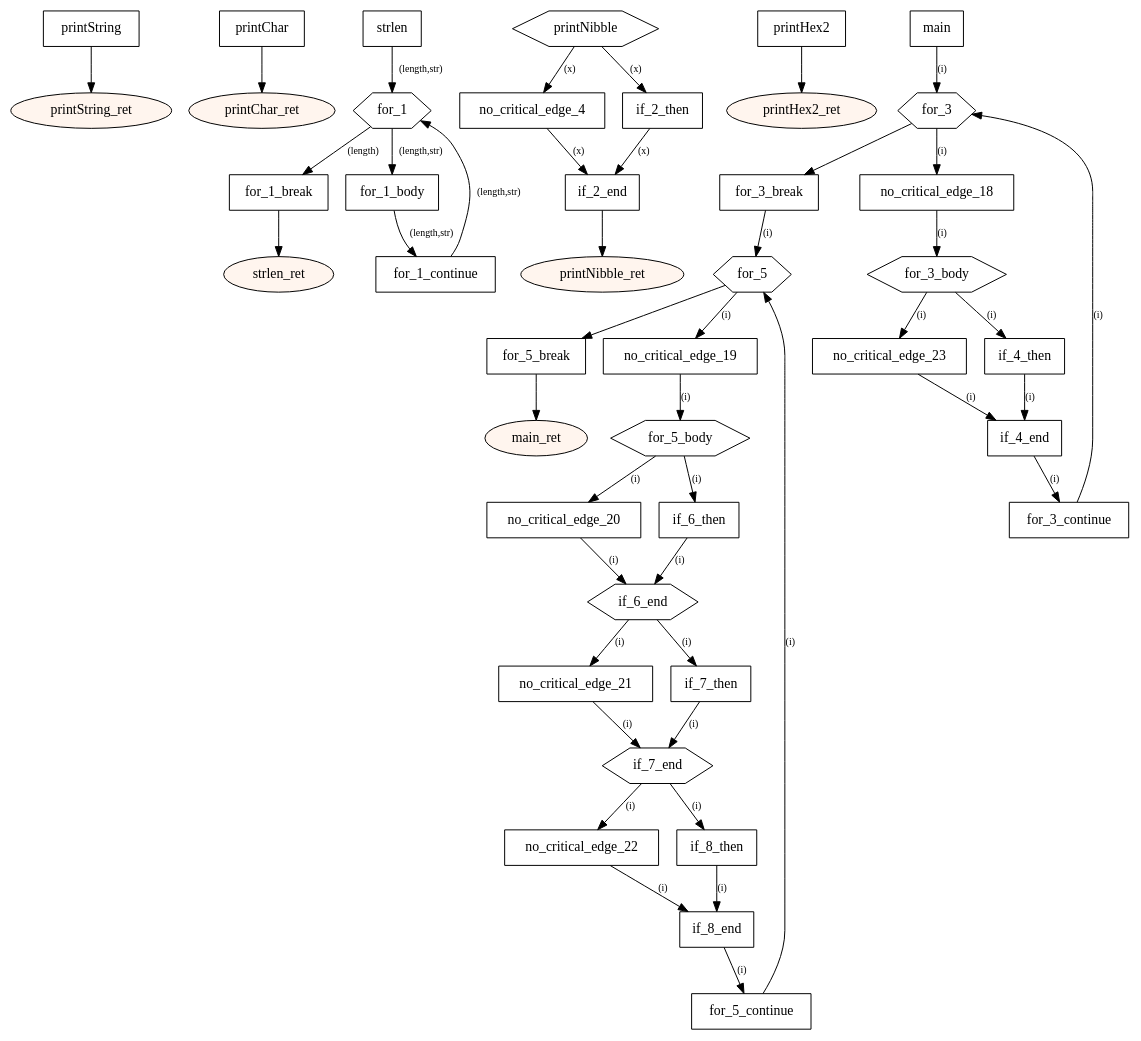
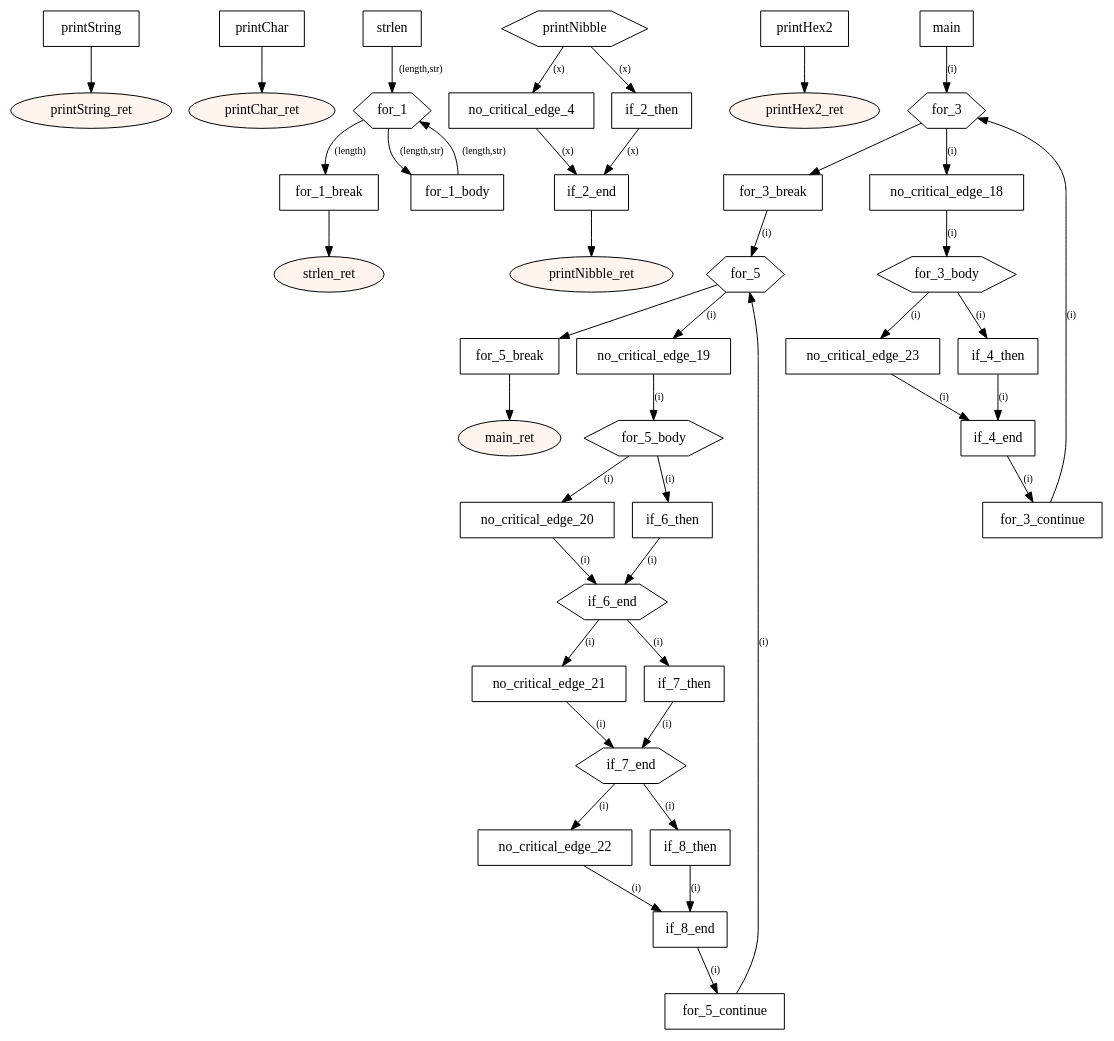
The diagram in src/main/resources-test/14 print-ascii-listing.dot (tmssngr/tinyC), drawn with Graphviz before and after one commit. The commit also changed 34 other files, not shown here.

```diff
--- a/src/main/resources-test/14 print-ascii-listing.dot
+++ b/src/main/resources-test/14 print-ascii-listing.dot
@@ -1,99 +1,97 @@
 digraph program {
 	edge[fontsize="10pt"];
 	subgraph fn_printString {
 		BasicBlock_0_printString [label="printString",shape=box];
 		BasicBlock_0_printString -> BasicBlock_0_printString_ret;
 		BasicBlock_0_printString_ret [label="printString_ret",shape=oval,style=filled,fillcolor="#fff5ee"];
 	}
 	subgraph fn_printChar {
 		BasicBlock_1_printChar [label="printChar",shape=box];
 		BasicBlock_1_printChar -> BasicBlock_1_printChar_ret;
 		BasicBlock_1_printChar_ret [label="printChar_ret",shape=oval,style=filled,fillcolor="#fff5ee"];
 	}
 	subgraph fn_strlen {
 		BasicBlock_2_strlen [label="strlen",shape=box];
 		BasicBlock_2_strlen -> BasicBlock_2_for_1 [label="(length,str)"];
 		BasicBlock_2_for_1 [label="for_1",shape=hexagon];
 		BasicBlock_2_for_1 -> BasicBlock_2_for_1_break [label="(length)"];
 		BasicBlock_2_for_1 -> BasicBlock_2_for_1_body [label="(length,str)"];
 		BasicBlock_2_for_1_body [label="for_1_body",shape=box];
-		BasicBlock_2_for_1_body -> BasicBlock_2_for_1_continue [label="(length,str)"];
-		BasicBlock_2_for_1_continue [label="for_1_continue",shape=box];
-		BasicBlock_2_for_1_continue -> BasicBlock_2_for_1 [label="(length,str)"];
+		BasicBlock_2_for_1_body -> BasicBlock_2_for_1 [label="(length,str)"];
 		BasicBlock_2_for_1_break [label="for_1_break",shape=box];
 		BasicBlock_2_for_1_break -> BasicBlock_2_strlen_ret;
 		BasicBlock_2_strlen_ret [label="strlen_ret",shape=oval,style=filled,fillcolor="#fff5ee"];
 	}
 	subgraph fn_printNibble {
 		BasicBlock_3_printNibble [label="printNibble",shape=hexagon];
 		BasicBlock_3_printNibble -> BasicBlock_3_no_critical_edge_4 [label="(x)"];
 		BasicBlock_3_printNibble -> BasicBlock_3_if_2_then [label="(x)"];
 		BasicBlock_3_if_2_then [label="if_2_then",shape=box];
 		BasicBlock_3_if_2_then -> BasicBlock_3_if_2_end [label="(x)"];
 		BasicBlock_3_no_critical_edge_4 [label="no_critical_edge_4",shape=box];
 		BasicBlock_3_no_critical_edge_4 -> BasicBlock_3_if_2_end [label="(x)"];
 		BasicBlock_3_if_2_end [label="if_2_end",shape=box];
 		BasicBlock_3_if_2_end -> BasicBlock_3_printNibble_ret;
 		BasicBlock_3_printNibble_ret [label="printNibble_ret",shape=oval,style=filled,fillcolor="#fff5ee"];
 	}
 	subgraph fn_printHex2 {
 		BasicBlock_4_printHex2 [label="printHex2",shape=box];
 		BasicBlock_4_printHex2 -> BasicBlock_4_printHex2_ret;
 		BasicBlock_4_printHex2_ret [label="printHex2_ret",shape=oval,style=filled,fillcolor="#fff5ee"];
 	}
 	subgraph fn_main {
 		BasicBlock_5_main [label="main",shape=box];
 		BasicBlock_5_main -> BasicBlock_5_for_3 [label="(i)"];
 		BasicBlock_5_for_3 [label="for_3",shape=hexagon];
 		BasicBlock_5_for_3 -> BasicBlock_5_for_3_break;
 		BasicBlock_5_for_3 -> BasicBlock_5_no_critical_edge_18 [label="(i)"];
 		BasicBlock_5_no_critical_edge_18 [label="no_critical_edge_18",shape=box];
 		BasicBlock_5_no_critical_edge_18 -> BasicBlock_5_for_3_body [label="(i)"];
 		BasicBlock_5_for_3_body [label="for_3_body",shape=hexagon];
 		BasicBlock_5_for_3_body -> BasicBlock_5_no_critical_edge_23 [label="(i)"];
 		BasicBlock_5_for_3_body -> BasicBlock_5_if_4_then [label="(i)"];
 		BasicBlock_5_if_4_then [label="if_4_then",shape=box];
 		BasicBlock_5_if_4_then -> BasicBlock_5_if_4_end [label="(i)"];
 		BasicBlock_5_no_critical_edge_23 [label="no_critical_edge_23",shape=box];
 		BasicBlock_5_no_critical_edge_23 -> BasicBlock_5_if_4_end [label="(i)"];
 		BasicBlock_5_if_4_end [label="if_4_end",shape=box];
 		BasicBlock_5_if_4_end -> BasicBlock_5_for_3_continue [label="(i)"];
 		BasicBlock_5_for_3_continue [label="for_3_continue",shape=box];
 		BasicBlock_5_for_3_continue -> BasicBlock_5_for_3 [label="(i)"];
 		BasicBlock_5_for_3_break [label="for_3_break",shape=box];
 		BasicBlock_5_for_3_break -> BasicBlock_5_for_5 [label="(i)"];
 		BasicBlock_5_for_5 [label="for_5",shape=hexagon];
 		BasicBlock_5_for_5 -> BasicBlock_5_for_5_break;
 		BasicBlock_5_for_5 -> BasicBlock_5_no_critical_edge_19 [label="(i)"];
 		BasicBlock_5_no_critical_edge_19 [label="no_critical_edge_19",shape=box];
 		BasicBlock_5_no_critical_edge_19 -> BasicBlock_5_for_5_body [label="(i)"];
 		BasicBlock_5_for_5_body [label="for_5_body",shape=hexagon];
 		BasicBlock_5_for_5_body -> BasicBlock_5_no_critical_edge_20 [label="(i)"];
 		BasicBlock_5_for_5_body -> BasicBlock_5_if_6_then [label="(i)"];
 		BasicBlock_5_if_6_then [label="if_6_then",shape=box];
 		BasicBlock_5_if_6_then -> BasicBlock_5_if_6_end [label="(i)"];
 		BasicBlock_5_no_critical_edge_20 [label="no_critical_edge_20",shape=box];
 		BasicBlock_5_no_critical_edge_20 -> BasicBlock_5_if_6_end [label="(i)"];
 		BasicBlock_5_if_6_end [label="if_6_end",shape=hexagon];
 		BasicBlock_5_if_6_end -> BasicBlock_5_no_critical_edge_21 [label="(i)"];
 		BasicBlock_5_if_6_end -> BasicBlock_5_if_7_then [label="(i)"];
 		BasicBlock_5_if_7_then [label="if_7_then",shape=box];
 		BasicBlock_5_if_7_then -> BasicBlock_5_if_7_end [label="(i)"];
 		BasicBlock_5_no_critical_edge_21 [label="no_critical_edge_21",shape=box];
 		BasicBlock_5_no_critical_edge_21 -> BasicBlock_5_if_7_end [label="(i)"];
 		BasicBlock_5_if_7_end [label="if_7_end",shape=hexagon];
 		BasicBlock_5_if_7_end -> BasicBlock_5_no_critical_edge_22 [label="(i)"];
 		BasicBlock_5_if_7_end -> BasicBlock_5_if_8_then [label="(i)"];
 		BasicBlock_5_if_8_then [label="if_8_then",shape=box];
 		BasicBlock_5_if_8_then -> BasicBlock_5_if_8_end [label="(i)"];
 		BasicBlock_5_no_critical_edge_22 [label="no_critical_edge_22",shape=box];
 		BasicBlock_5_no_critical_edge_22 -> BasicBlock_5_if_8_end [label="(i)"];
 		BasicBlock_5_if_8_end [label="if_8_end",shape=box];
 		BasicBlock_5_if_8_end -> BasicBlock_5_for_5_continue [label="(i)"];
 		BasicBlock_5_for_5_continue [label="for_5_continue",shape=box];
 		BasicBlock_5_for_5_continue -> BasicBlock_5_for_5 [label="(i)"];
 		BasicBlock_5_for_5_break [label="for_5_break",shape=box];
 		BasicBlock_5_for_5_break -> BasicBlock_5_main_ret;
 		BasicBlock_5_main_ret [label="main_ret",shape=oval,style=filled,fillcolor="#fff5ee"];
 	}
 }
```
